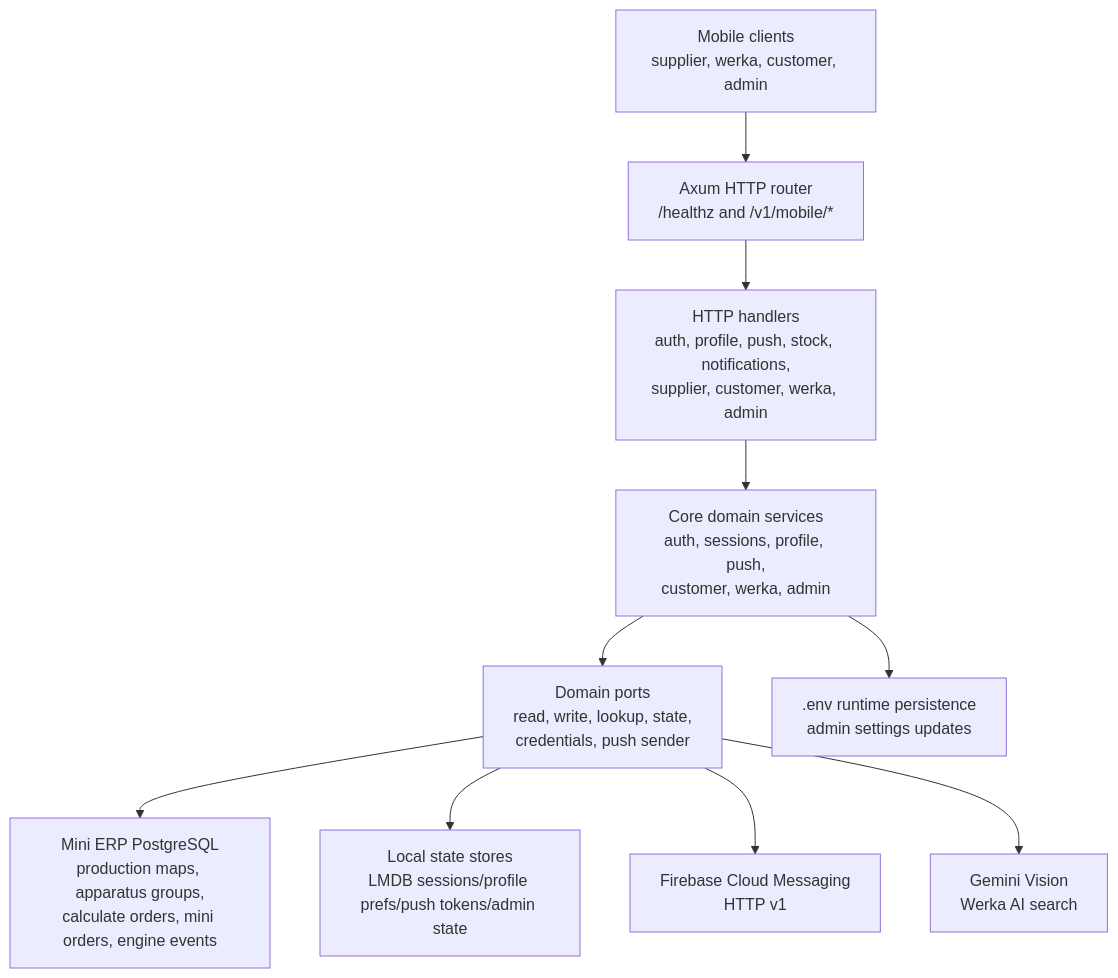
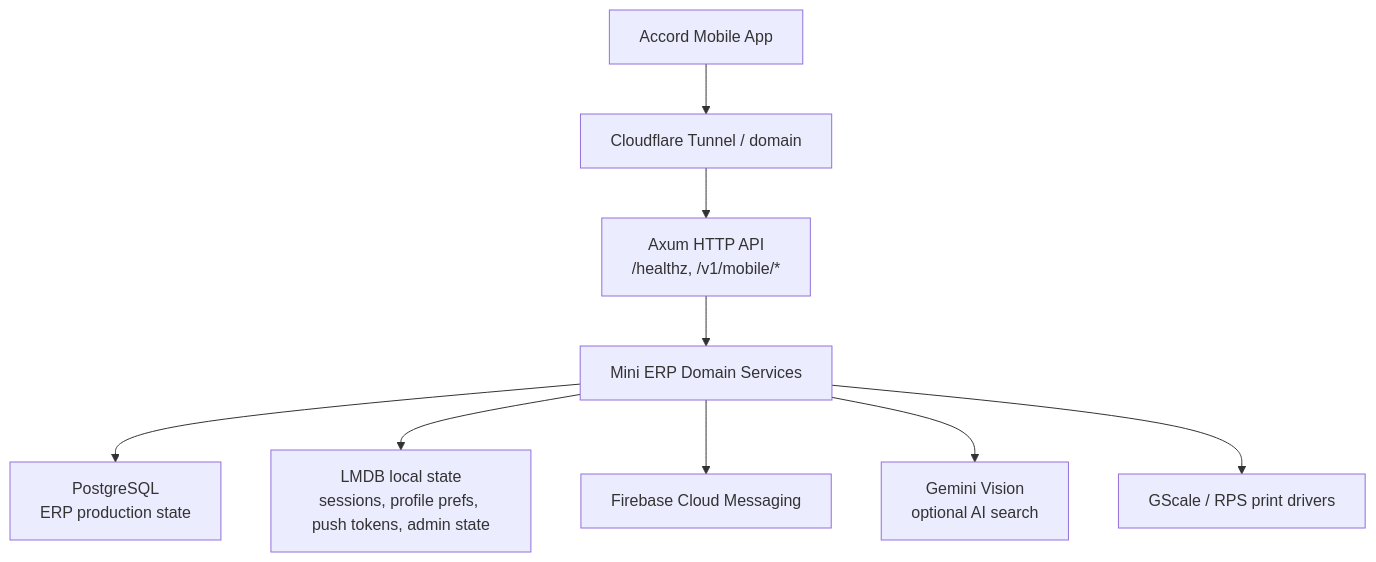
Before and after one commit to WIKKIwk/mini_rs_erp: the diagram in README.md, drawn with Mermaid. The commit also changed other lines of this file, not shown here.

Commit message:
Refresh README for mini ERP runtime

````diff
--- a/README.md
+++ b/README.md
@@ -203,24 +39,21 @@
 ```mermaid
 flowchart TB
-    Mobile[Mobile clients<br/>supplier, werka, customer, admin]
-    HTTP[Axum HTTP router<br/>/healthz and /v1/mobile/*]
-    Handlers[HTTP handlers<br/>auth, profile, push, stock, notifications,<br/>supplier, customer, werka, admin]
-    Core[Core domain services<br/>auth, sessions, profile, push,<br/>customer, werka, admin]
-    Ports[Domain ports<br/>read, write, lookup, state,<br/>credentials, push sender]
+    Mobile["Accord Mobile App"]
+    HTTP["Axum HTTP API<br/>/healthz, /v1/mobile/*"]
+    Core["Mini ERP Domain Services"]
+    DB["PostgreSQL<br/>ERP production state"]
+    Local["LMDB local state<br/>sessions, profile prefs, push tokens, admin state"]
+    Push["Firebase Cloud Messaging"]
+    AI["Gemini Vision<br/>optional AI search"]
+    Print["GScale / RPS print drivers"]
+    Tunnel["Cloudflare Tunnel / domain"]
 
-    Postgres[Mini ERP PostgreSQL<br/>production maps, apparatus groups,<br/>calculate orders, mini orders, engine events]
-    LocalState[Local state stores<br/>LMDB sessions/profile prefs/push tokens/admin state]
-    FCM[Firebase Cloud Messaging<br/>HTTP v1]
-    Gemini[Gemini Vision<br/>Werka AI search]
-    Env[.env runtime persistence<br/>admin settings updates]
-
-    Mobile --> HTTP
-    HTTP --> Handlers
-    Handlers --> Core
-    Core --> Ports
-    Ports --> Postgres
-    Ports --> LocalState
-    Ports --> FCM
-    Ports --> Gemini
-    Core --> Env
+    Mobile --> Tunnel
+    Tunnel --> HTTP
+    HTTP --> Core
+    Core --> DB
+    Core --> Local
+    Core --> Push
+    Core --> AI
+    Core --> Print
 ```
````
